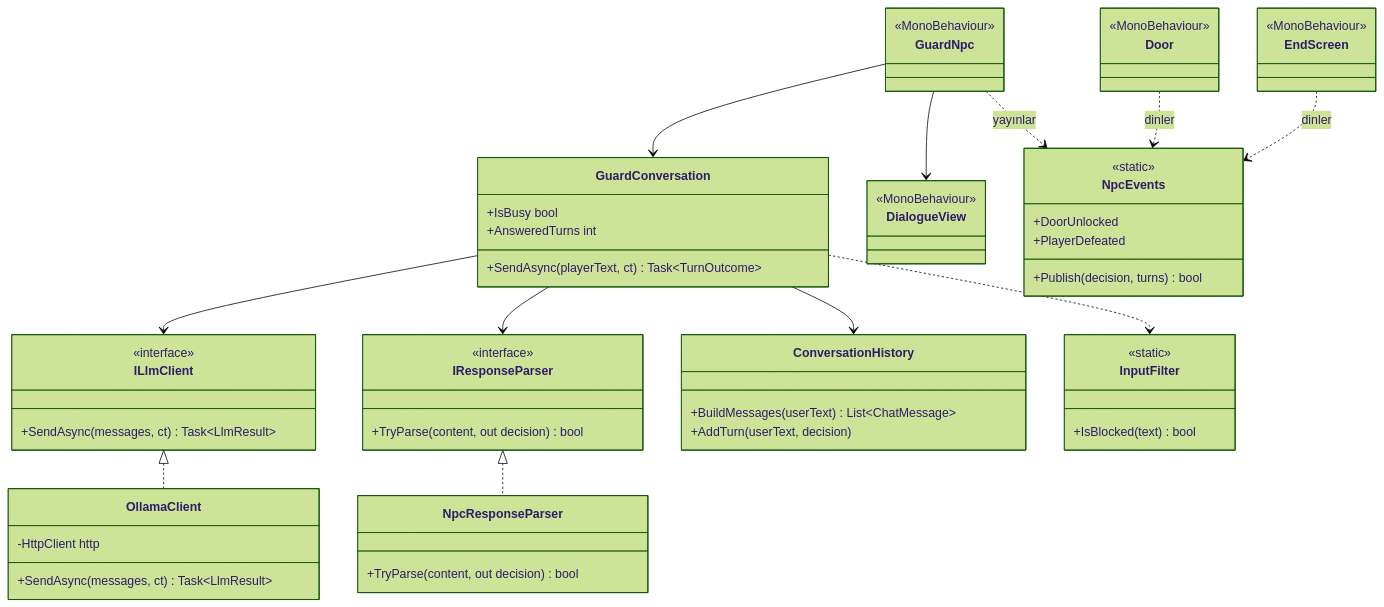
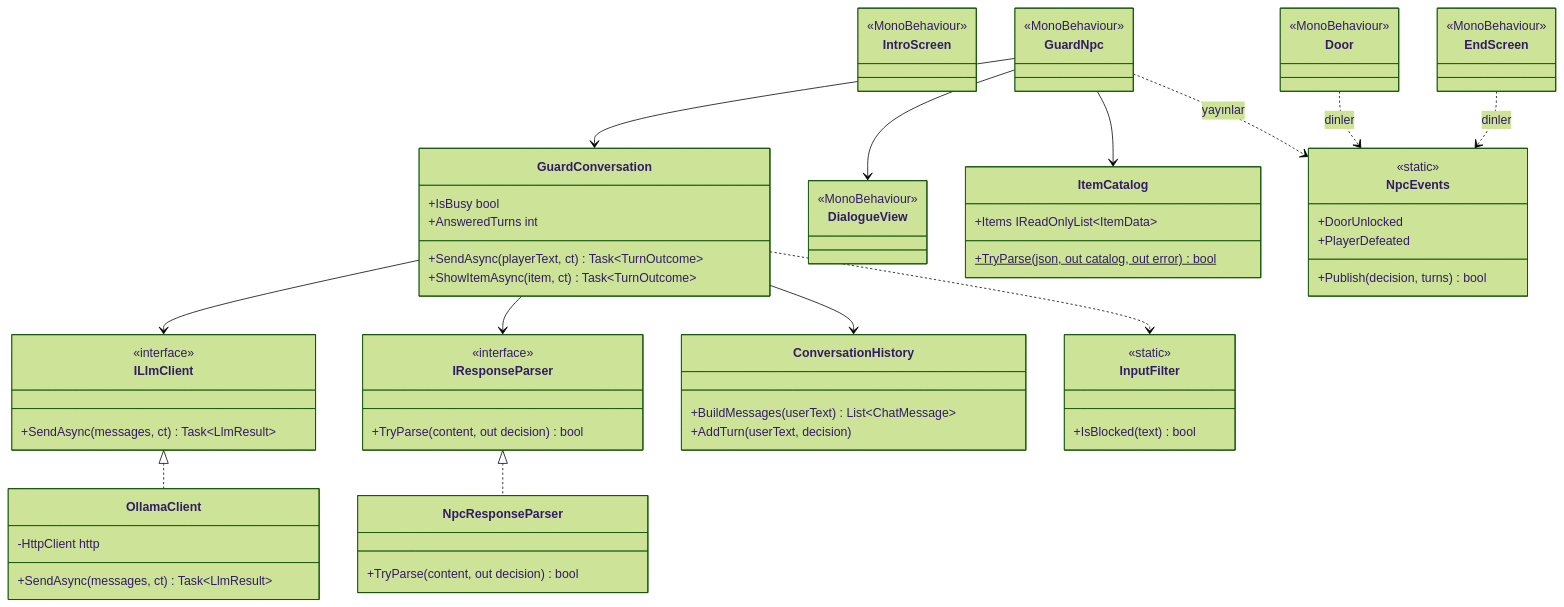
One commit to Xatuhan/yazlab1 changed the first of 3 diagrams in docs/rapor/llm-npc.md. Above: the diagram before and after it, drawn with Mermaid (forest theme). The commit also changed other lines of this file and 6 other files, not shown here.

````diff
--- a/docs/rapor/llm-npc.md
+++ b/docs/rapor/llm-npc.md
@@ -48,60 +50,69 @@
 ```mermaid
 classDiagram
     class ILlmClient {
         <<interface>>
         +SendAsync(messages, ct) Task~LlmResult~
     }
     class IResponseParser {
         <<interface>>
         +TryParse(content, out decision) bool
     }
     class OllamaClient {
         -HttpClient http
         +SendAsync(messages, ct) Task~LlmResult~
     }
     class NpcResponseParser {
         +TryParse(content, out decision) bool
     }
     class ConversationHistory {
         +BuildMessages(userText) List~ChatMessage~
         +AddTurn(userText, decision)
     }
     class GuardConversation {
         +IsBusy bool
         +AnsweredTurns int
         +SendAsync(playerText, ct) Task~TurnOutcome~
+        +ShowItemAsync(item, ct) Task~TurnOutcome~
+    }
+    class ItemCatalog {
+        +Items IReadOnlyList~ItemData~
+        +TryParse(json, out catalog, out error)$ bool
+    }
+    class IntroScreen {
+        <<MonoBehaviour>>
     }
     class InputFilter {
         <<static>>
         +IsBlocked(text) bool
     }
     class NpcEvents {
         <<static>>
         +DoorUnlocked
         +PlayerDefeated
         +Publish(decision, turns) bool
     }
     class GuardNpc {
         <<MonoBehaviour>>
     }
     class DialogueView {
         <<MonoBehaviour>>
     }
     class Door {
         <<MonoBehaviour>>
     }
     class EndScreen {
         <<MonoBehaviour>>
     }
     ILlmClient <|.. OllamaClient
     IResponseParser <|.. NpcResponseParser
     GuardConversation --> ILlmClient
     GuardConversation --> IResponseParser
     GuardConversation --> ConversationHistory
     GuardConversation ..> InputFilter
     GuardNpc --> GuardConversation
     GuardNpc --> DialogueView
+    GuardNpc --> ItemCatalog
     GuardNpc ..> NpcEvents : yayınlar
     Door ..> NpcEvents : dinler
     EndScreen ..> NpcEvents : dinler
 ```
````
